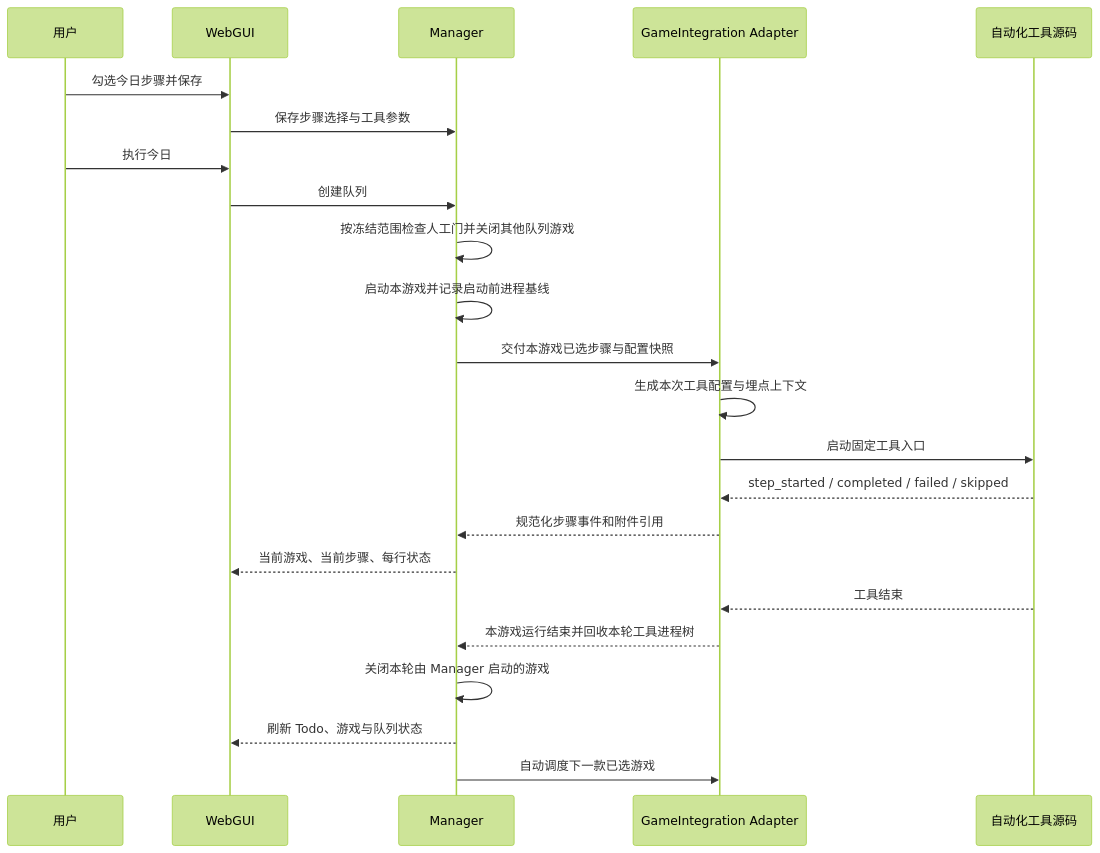
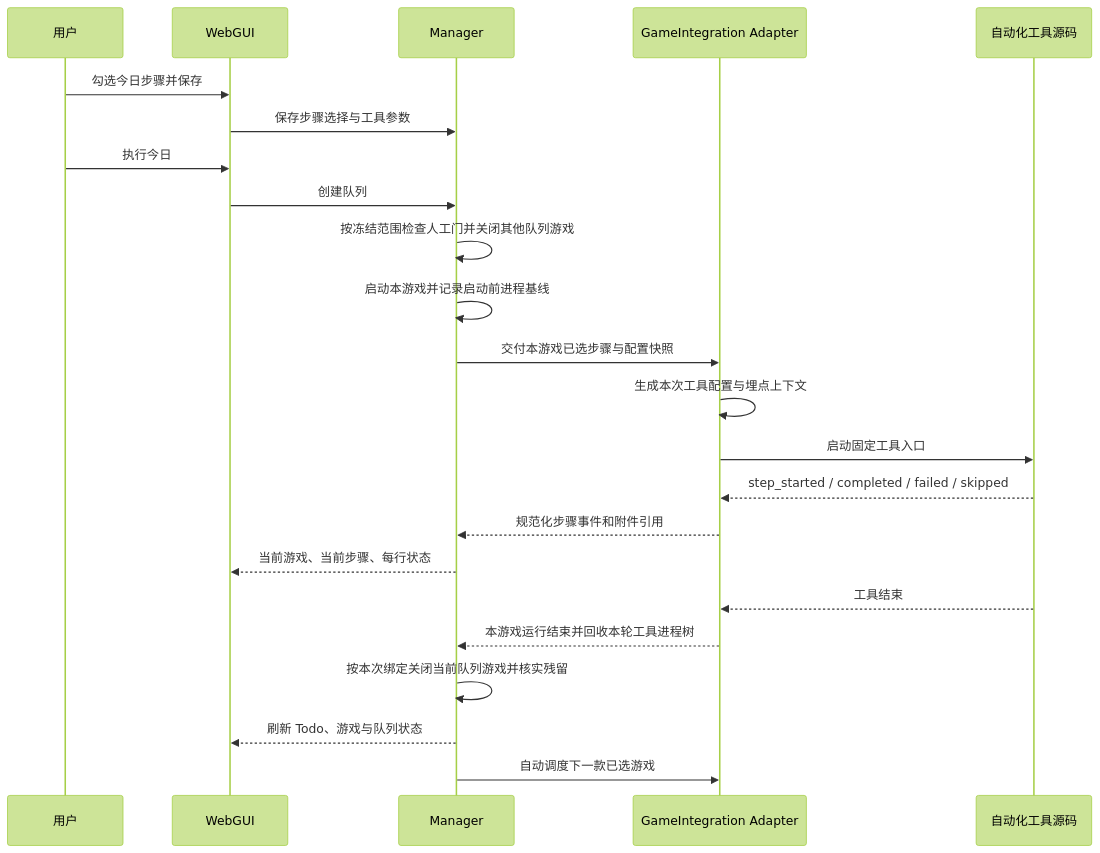
One commit to vb2250158/YeYuGamer changed the third of 3 diagrams in ARCHITECTURE.md. Above: the diagram before and after it, drawn with Mermaid (forest theme). The commit also changed other lines of this file and 19 other files, not shown here.

````diff
--- a/ARCHITECTURE.md
+++ b/ARCHITECTURE.md
@@ -101,26 +101,26 @@
 ```mermaid
 sequenceDiagram
     participant U as 用户
     participant W as WebGUI
     participant M as Manager
     participant A as GameIntegration Adapter
     participant T as 自动化工具源码
 
     U->>W: 勾选今日步骤并保存
     W->>M: 保存步骤选择与工具参数
     U->>W: 执行今日
     W->>M: 创建队列
     M->>M: 按冻结范围检查人工门并关闭其他队列游戏
     M->>M: 启动本游戏并记录启动前进程基线
     M->>A: 交付本游戏已选步骤与配置快照
     A->>A: 生成本次工具配置与埋点上下文
     A->>T: 启动固定工具入口
     T-->>A: step_started / completed / failed / skipped
     A-->>M: 规范化步骤事件和附件引用
     M-->>W: 当前游戏、当前步骤、每行状态
     T-->>A: 工具结束
     A-->>M: 本游戏运行结束并回收本轮工具进程树
-    M->>M: 关闭本轮由 Manager 启动的游戏
+    M->>M: 按本次绑定关闭当前队列游戏并核实残留
     M-->>W: 刷新 Todo、游戏与队列状态
     M->>A: 自动调度下一款已选游戏
 ```
````
